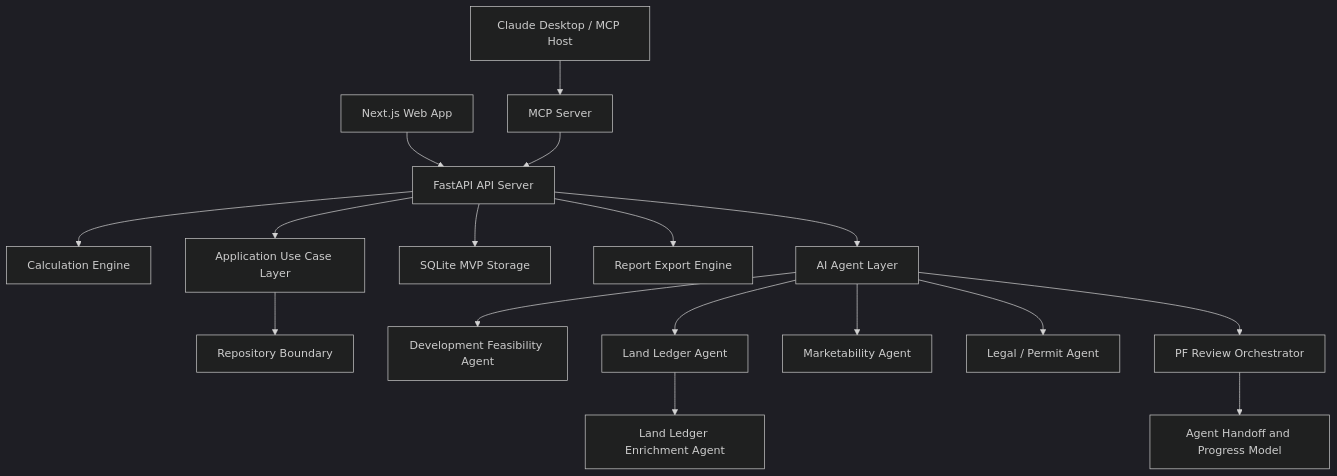
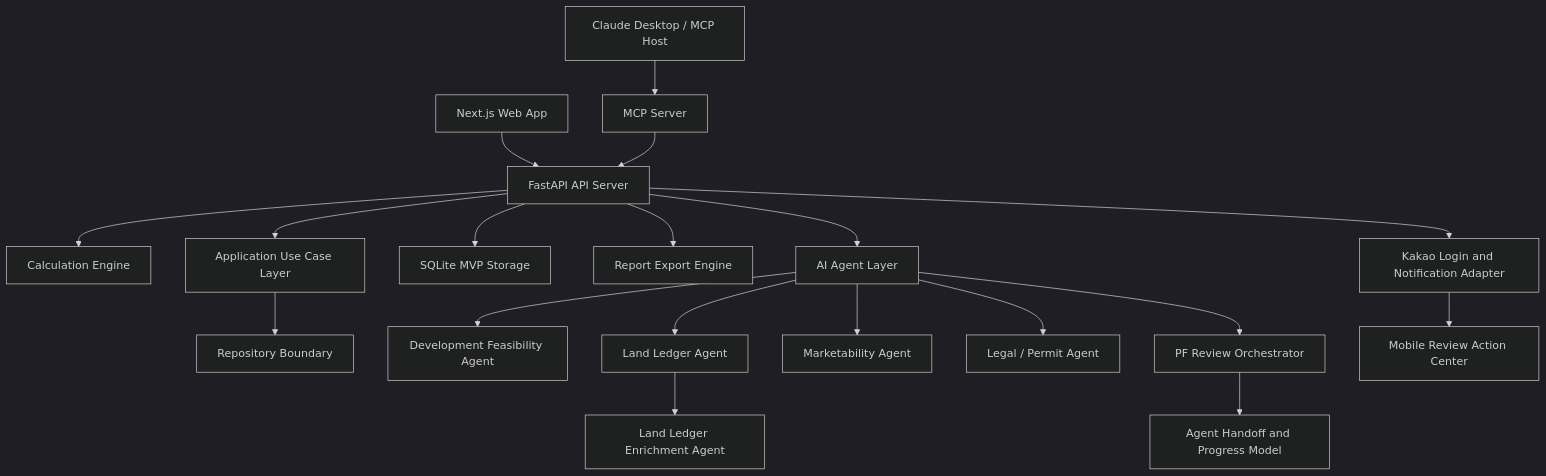
The diagram in README.md (parkwh79-stack/real-estate-os), drawn with Mermaid (dark theme) before and after one commit. The commit also changed other lines of this file, not shown here.

Commit message:
Document Kakao integration in README

````diff
--- a/README.md
+++ b/README.md
@@ -436,19 +480,21 @@
 ```mermaid
 graph TD
     Web[Next.js Web App] --> API[FastAPI API Server]
     API --> Calc[Calculation Engine]
     API --> Agents[AI Agent Layer]
     API --> Store[SQLite MVP Storage]
     API --> Reports[Report Export Engine]
     API --> UseCases[Application Use Case Layer]
+    API --> Kakao[Kakao Login and Notification Adapter]
     UseCases --> Repositories[Repository Boundary]
     Agents --> Feasibility[Development Feasibility Agent]
     Agents --> Land[Land Ledger Agent]
     Land --> LandEnrich[Land Ledger Enrichment Agent]
     Agents --> Market[Marketability Agent]
     Agents --> Legal[Legal / Permit Agent]
     Agents --> Orchestrator[PF Review Orchestrator]
     Orchestrator --> Handoffs[Agent Handoff and Progress Model]
+    Kakao --> Mobile[Mobile Review Action Center]
     MCP[MCP Server] --> API
     Claude[Claude Desktop / MCP Host] --> MCP
 ```
````
